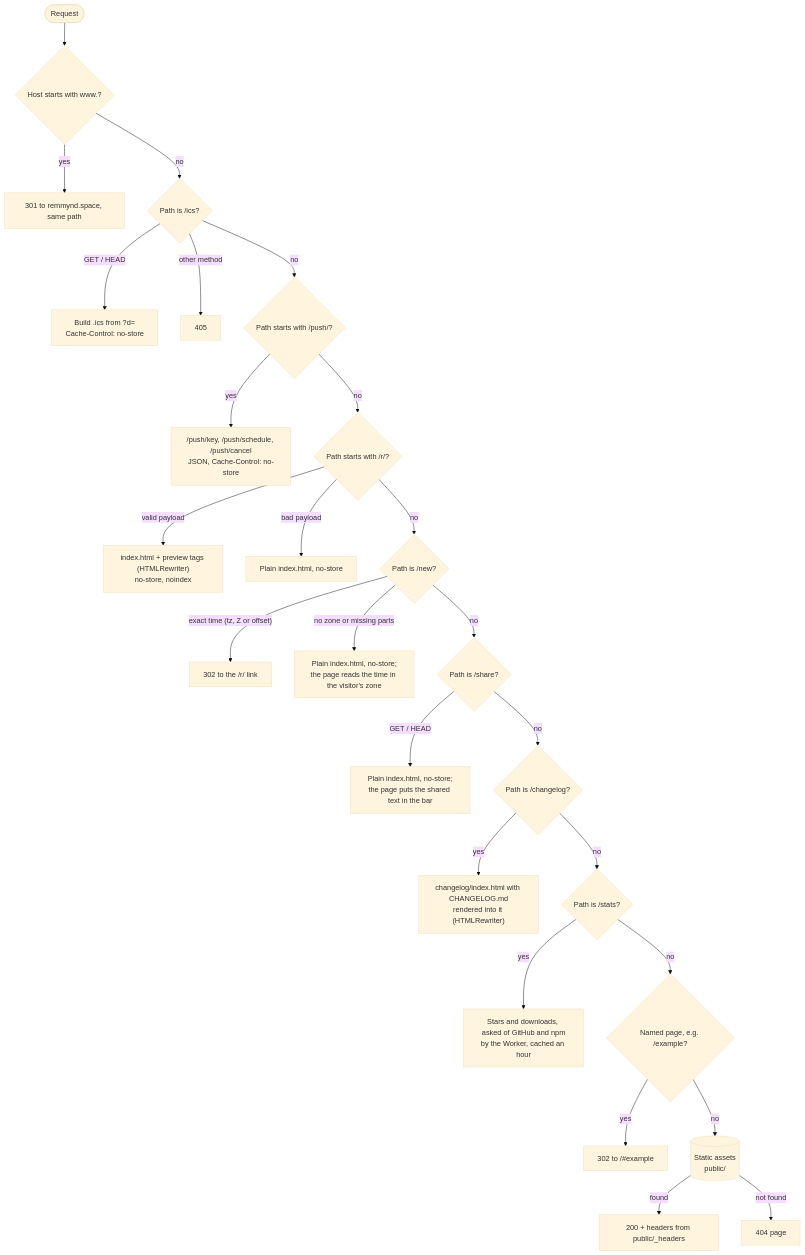
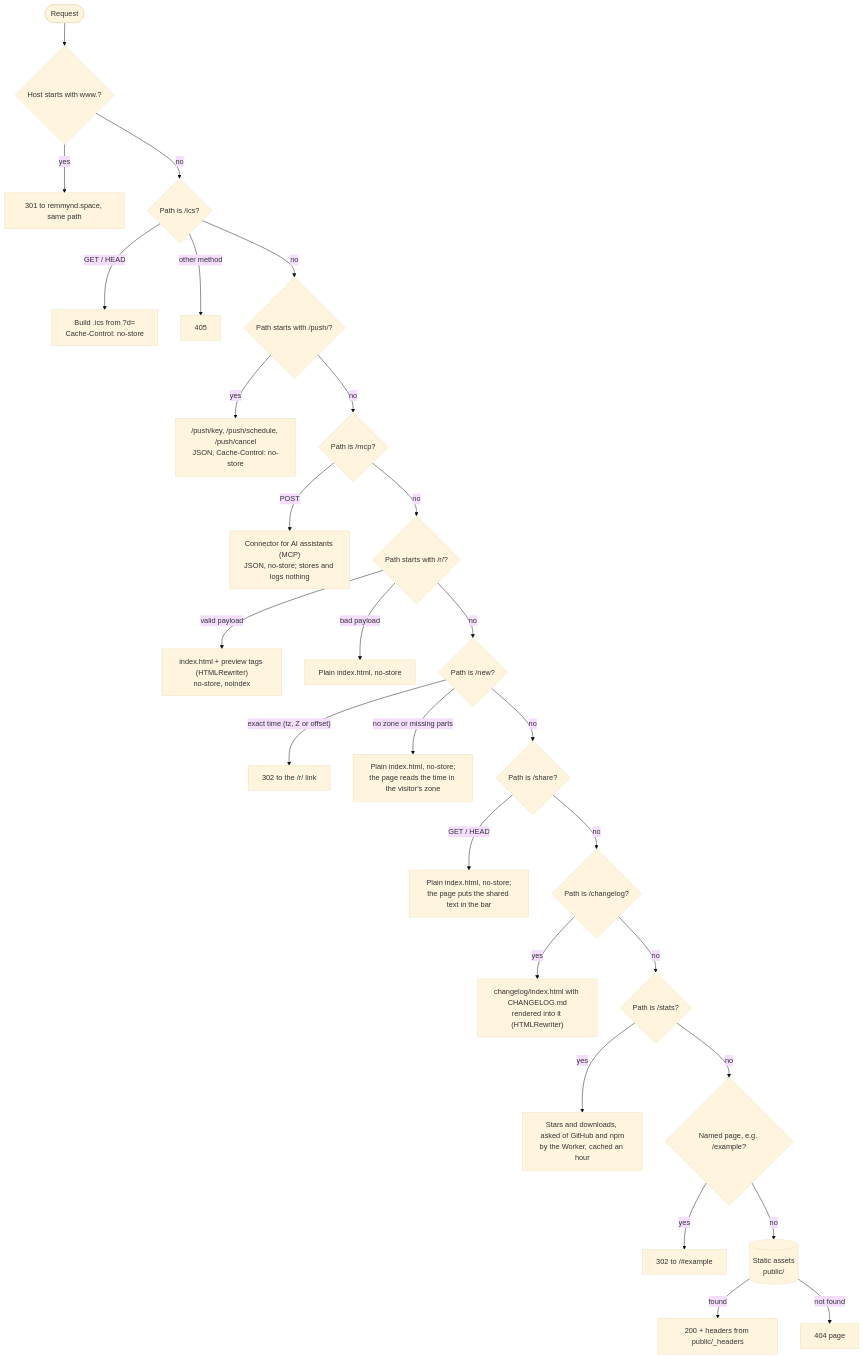
The third of 4 diagrams in docs/ARCHITECTURE.md (Remmynd/remmynd), drawn with Mermaid (base theme) before and after one commit. The commit also changed other lines of this file and 9 other files, not shown here.

First line of the commit message:
Add a connector for AI assistants at /mcp (#27)

````diff
--- a/docs/ARCHITECTURE.md
+++ b/docs/ARCHITECTURE.md
@@ -172,27 +172,29 @@
 ```mermaid
 flowchart TD
     R([Request]) --> W{Host starts with www.?}
     W -- yes --> RW[301 to remmynd.space, same path]
     W -- no --> I{Path is /ics?}
     I -- "GET / HEAD" --> ICS["Build .ics from ?d=<br/>Cache-Control: no-store"]
     I -- other method --> M405[405]
     I -- no --> PU{Path starts with /push/?}
     PU -- yes --> PR["/push/key, /push/schedule, /push/cancel<br/>JSON, Cache-Control: no-store"]
-    PU -- no --> SR{Path starts with /r/?}
+    PU -- no --> MC{Path is /mcp?}
+    MC -- "POST" --> MCP["Connector for AI assistants (MCP)<br/>JSON, no-store; stores and logs nothing"]
+    MC -- no --> SR{Path starts with /r/?}
     SR -- "valid payload" --> PV["index.html + preview tags (HTMLRewriter)<br/>no-store, noindex"]
     SR -- "bad payload" --> SH["Plain index.html, no-store"]
     SR -- no --> NW{Path is /new?}
     NW -- "exact time (tz, Z or offset)" --> RN["302 to the /r/ link"]
     NW -- "no zone or missing parts" --> SN["Plain index.html, no-store;<br/>the page reads the time in the visitor's zone"]
     NW -- no --> SHR{Path is /share?}
     SHR -- "GET / HEAD" --> SHS["Plain index.html, no-store;<br/>the page puts the shared text in the bar"]
     SHR -- no --> CL{Path is /changelog?}
     CL -- yes --> CR["changelog/index.html with CHANGELOG.md<br/>rendered into it (HTMLRewriter)"]
     CL -- no --> ST{Path is /stats?}
     ST -- yes --> SS["Stars and downloads, asked of GitHub and npm<br/>by the Worker, cached an hour"]
     ST -- no --> P{Named page, e.g. /example?}
     P -- yes --> RP["302 to /#example"]
     P -- no --> A[(Static assets<br/>public/)]
     A -- found --> OK[200 + headers from public/_headers]
     A -- not found --> NF[404 page]
 ```
````
